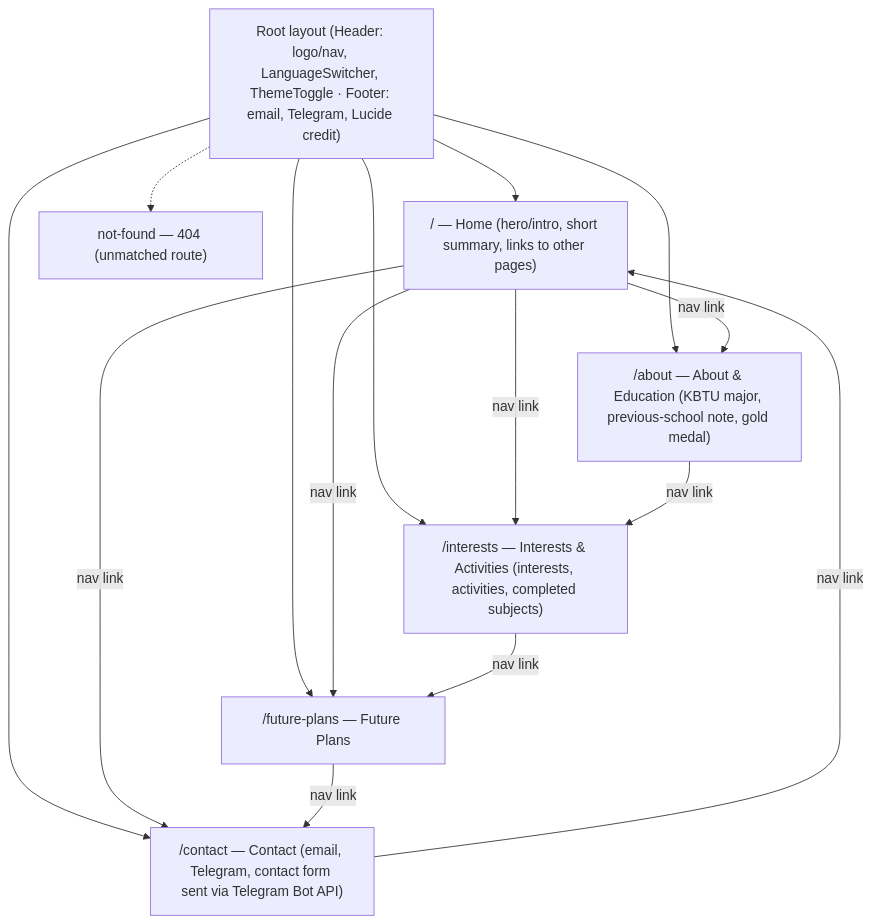
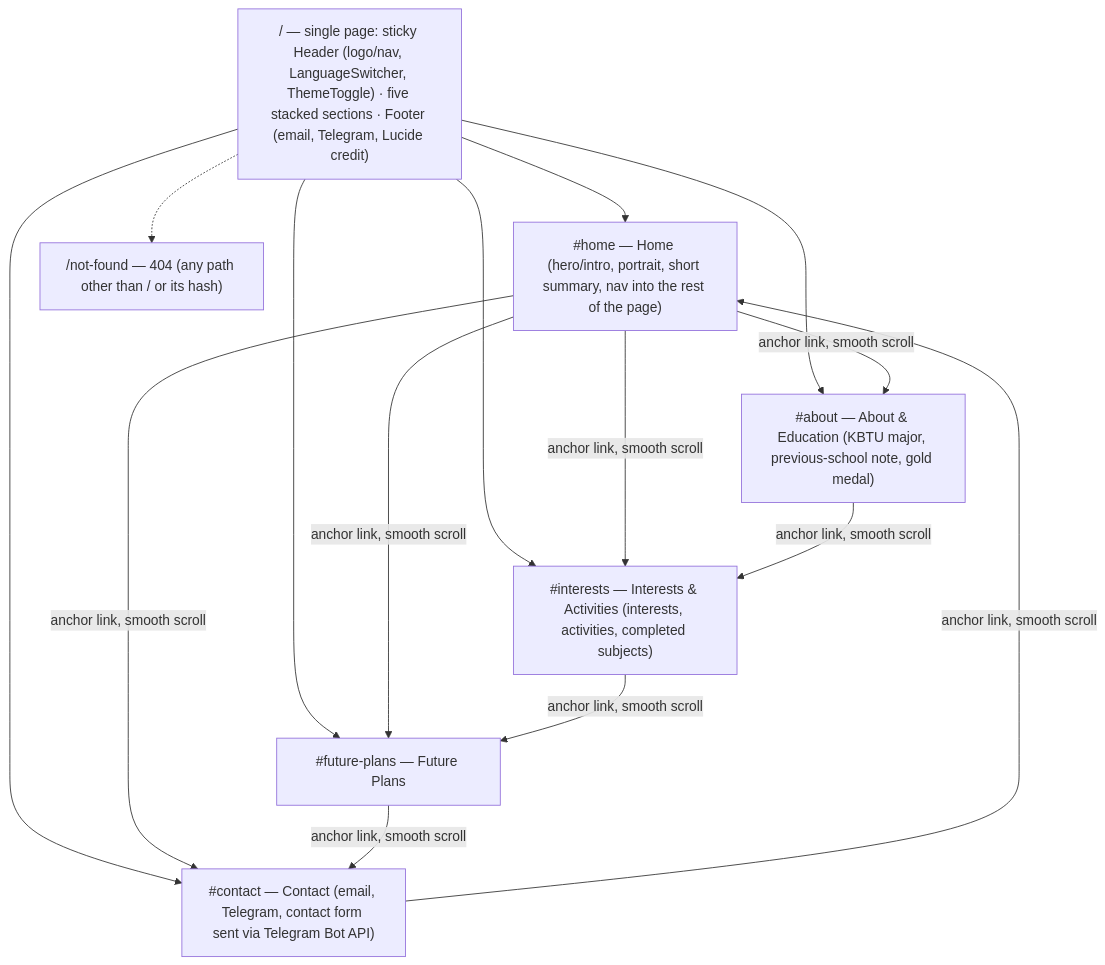
The diagram in docs/diagrams/sitemap.mmd (aablty/kbtu_se_2026_tsis), drawn with Mermaid before and after one commit. The commit also changed 38 other files, not shown here.

```diff
--- a/docs/diagrams/sitemap.mmd
+++ b/docs/diagrams/sitemap.mmd
@@ -1,31 +1,33 @@
 %% Sitemap / Information Architecture — Nursultan Nurgali personal website
-%% Pseudo-level: pages and navigation relationships only.
+%% Pseudo-level: one real route, five in-page anchor sections, navigation relationships only.
 graph TD
-    Root["Root layout (Header: logo/nav, LanguageSwitcher, ThemeToggle · Footer: email, Telegram, Lucide credit)"]
+    Root["/ — single page: sticky Header (logo/nav, LanguageSwitcher, ThemeToggle) · five stacked sections · Footer (email, Telegram, Lucide credit)"]
 
-    Home["/ — Home (hero/intro, short summary, links to other pages)"]
-    About["/about — About & Education (KBTU major, previous-school note, gold medal)"]
-    Interests["/interests — Interests & Activities (interests, activities, completed subjects)"]
-    Future["/future-plans — Future Plans"]
-    Contact["/contact — Contact (email, Telegram, contact form sent via Telegram Bot API)"]
-    NotFound["not-found — 404 (unmatched route)"]
+    Home["#home — Home (hero/intro, portrait, short summary, nav into the rest of the page)"]
+    About["#about — About & Education (KBTU major, previous-school note, gold medal)"]
+    Interests["#interests — Interests & Activities (interests, activities, completed subjects)"]
+    Future["#future-plans — Future Plans"]
+    Contact["#contact — Contact (email, Telegram, contact form sent via Telegram Bot API)"]
+    NotFound["/not-found — 404 (any path other than / or its hash)"]
 
     Root --> Home
     Root --> About
     Root --> Interests
     Root --> Future
     Root --> Contact
     Root -.-> NotFound
 
-    Home -- nav link --> About
-    Home -- nav link --> Interests
-    Home -- nav link --> Future
-    Home -- nav link --> Contact
-    About -- nav link --> Interests
-    Interests -- nav link --> Future
-    Future -- nav link --> Contact
-    Contact -- nav link --> Home
+    Home -- anchor link, smooth scroll --> About
+    Home -- anchor link, smooth scroll --> Interests
+    Home -- anchor link, smooth scroll --> Future
+    Home -- anchor link, smooth scroll --> Contact
+    About -- anchor link, smooth scroll --> Interests
+    Interests -- anchor link, smooth scroll --> Future
+    Future -- anchor link, smooth scroll --> Contact
+    Contact -- anchor link, smooth scroll --> Home
 
-    %% Every page carries the same Header/Footer, so LanguageSwitcher and
-    %% ThemeToggle are reachable from any page (satisfies FR-04: switch from any page).
-    %% No auth/restricted area exists anywhere in the sitemap (author decision).
+    %% The sticky Header/Footer wrap the whole page (not per-route), so LanguageSwitcher and
+    %% ThemeToggle stay reachable while scrolling anywhere (satisfies FR-04).
+    %% No auth/restricted area exists anywhere on the page (author decision).
+    %% Was five separate routes in Iteration 1; collapsed into one page with hash anchors — see
+    %% docs/architecture.md Decision 4.
```
